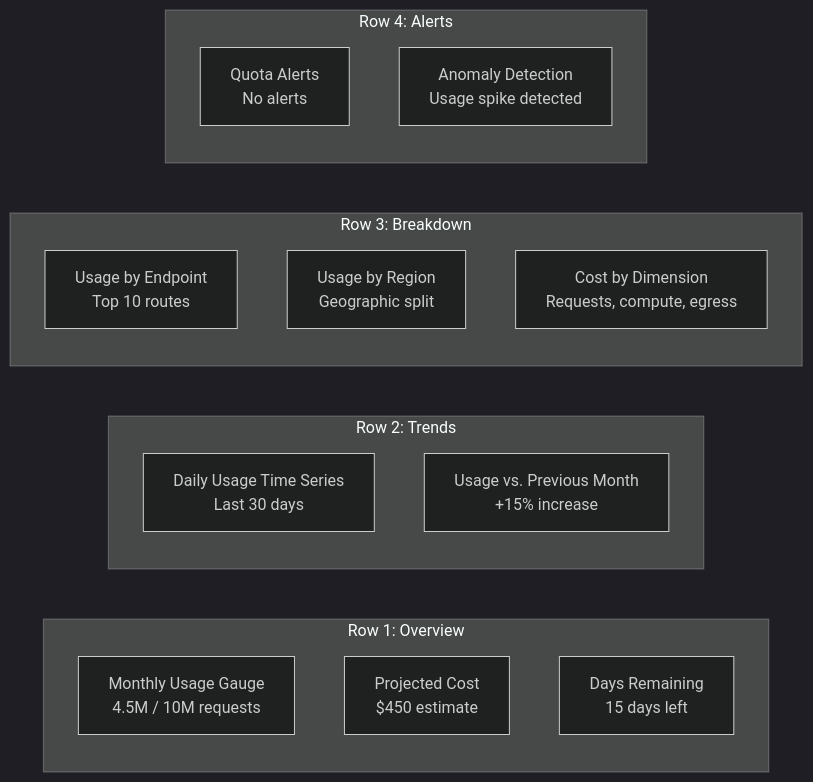
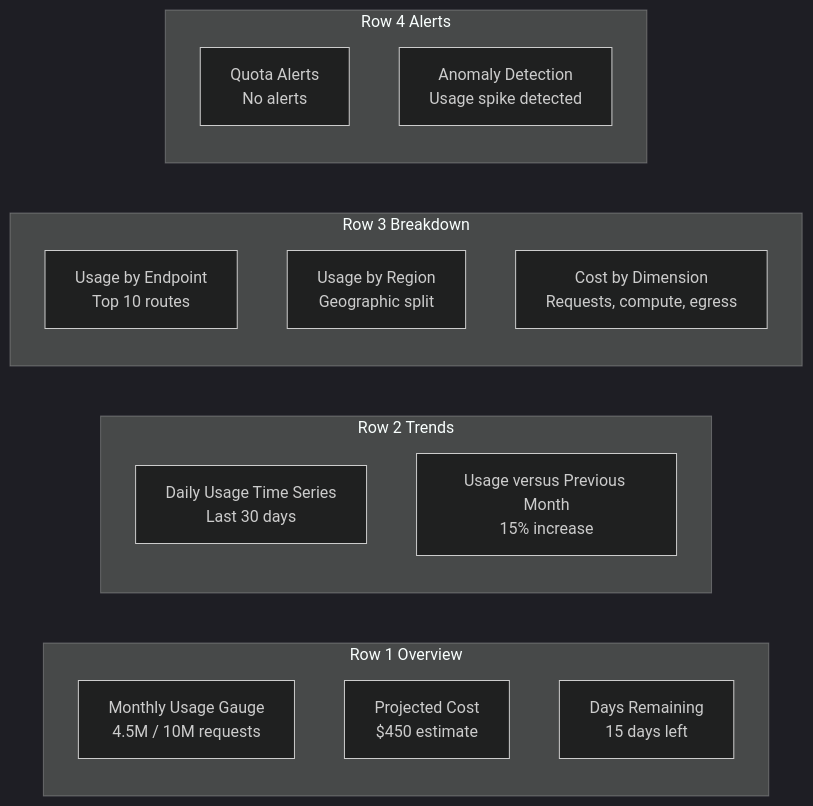
The fifth of 6 diagrams in src/content/articles/api-usage-metering-quotas-cost-attribution/pdf.mdx (webstackdev/astro.webstackbuilders.com), drawn with Mermaid (dark theme) before and after one commit. The commit also changed other lines of this file and 48 other files, not shown here.

Commit message:
Final pass wrap mermaid diagrams in Diagram component, expand props to Table and List components

````diff
--- a/src/content/articles/api-usage-metering-quotas-cost-attribution/pdf.mdx
+++ b/src/content/articles/api-usage-metering-quotas-cost-attribution/pdf.mdx
@@ -807,24 +944,24 @@
 ```mermaid
-graph LR
-    subgraph "Row 1: Overview"
-        A[Monthly Usage Gauge<br/>4.5M / 10M requests]
-        B[Projected Cost<br/>$450 estimate]
-        C[Days Remaining<br/>15 days left]
-    end
+flowchart LR
+  subgraph row1[Row 1 Overview]
+    A[Monthly Usage Gauge<br/>4.5M / 10M requests]
+    B[Projected Cost<br/>$450 estimate]
+    C[Days Remaining<br/>15 days left]
+  end
 
-    subgraph "Row 2: Trends"
-        D[Daily Usage Time Series<br/>Last 30 days]
-        E[Usage vs. Previous Month<br/>+15% increase]
-    end
+  subgraph row2[Row 2 Trends]
+    D[Daily Usage Time Series<br/>Last 30 days]
+    E[Usage versus Previous Month<br/>15% increase]
+  end
 
-    subgraph "Row 3: Breakdown"
-        F[Usage by Endpoint<br/>Top 10 routes]
-        G[Usage by Region<br/>Geographic split]
-        H[Cost by Dimension<br/>Requests, compute, egress]
-    end
+  subgraph row3[Row 3 Breakdown]
+    F[Usage by Endpoint<br/>Top 10 routes]
+    G[Usage by Region<br/>Geographic split]
+    H[Cost by Dimension<br/>Requests, compute, egress]
+  end
 
-    subgraph "Row 4: Alerts"
-        I[Quota Alerts<br/>No alerts]
-        J[Anomaly Detection<br/>Usage spike detected]
-    end
+  subgraph row4[Row 4 Alerts]
+    I[Quota Alerts<br/>No alerts]
+    J[Anomaly Detection<br/>Usage spike detected]
+  end
 ```
````
